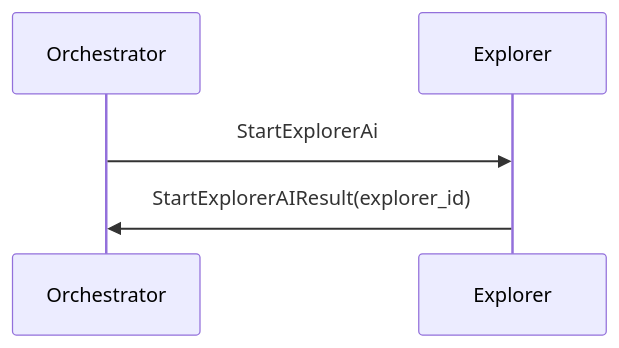
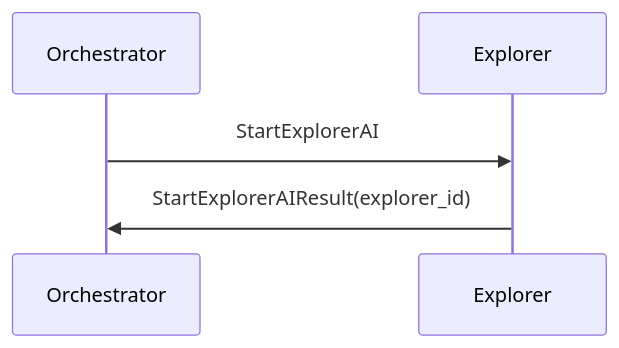
One commit to unitn-ap-2025/common changed the seventh of 23 diagrams in MESSAGE_DIAGRAMS.md. Above: the diagram before and after it, drawn with Mermaid. The commit also changed other lines of this file and 5 other files, not shown here.

Commit message:
Fix Issue #142, added and updated MESSAGE_DIAGRAMS file with sequence diagrams pf the protocol + fixed protocol doc comments for readability

````diff
--- a/MESSAGE_DIAGRAMS.md
+++ b/MESSAGE_DIAGRAMS.md
@@ -61,8 +80,8 @@
 ```mermaid
 sequenceDiagram
     participant O as Orchestrator
     participant E as Explorer
 
-    O->>E: StartExplorerAi
+    O->>E: StartExplorerAI
     E->>O: StartExplorerAIResult(explorer_id)
 ```
````
